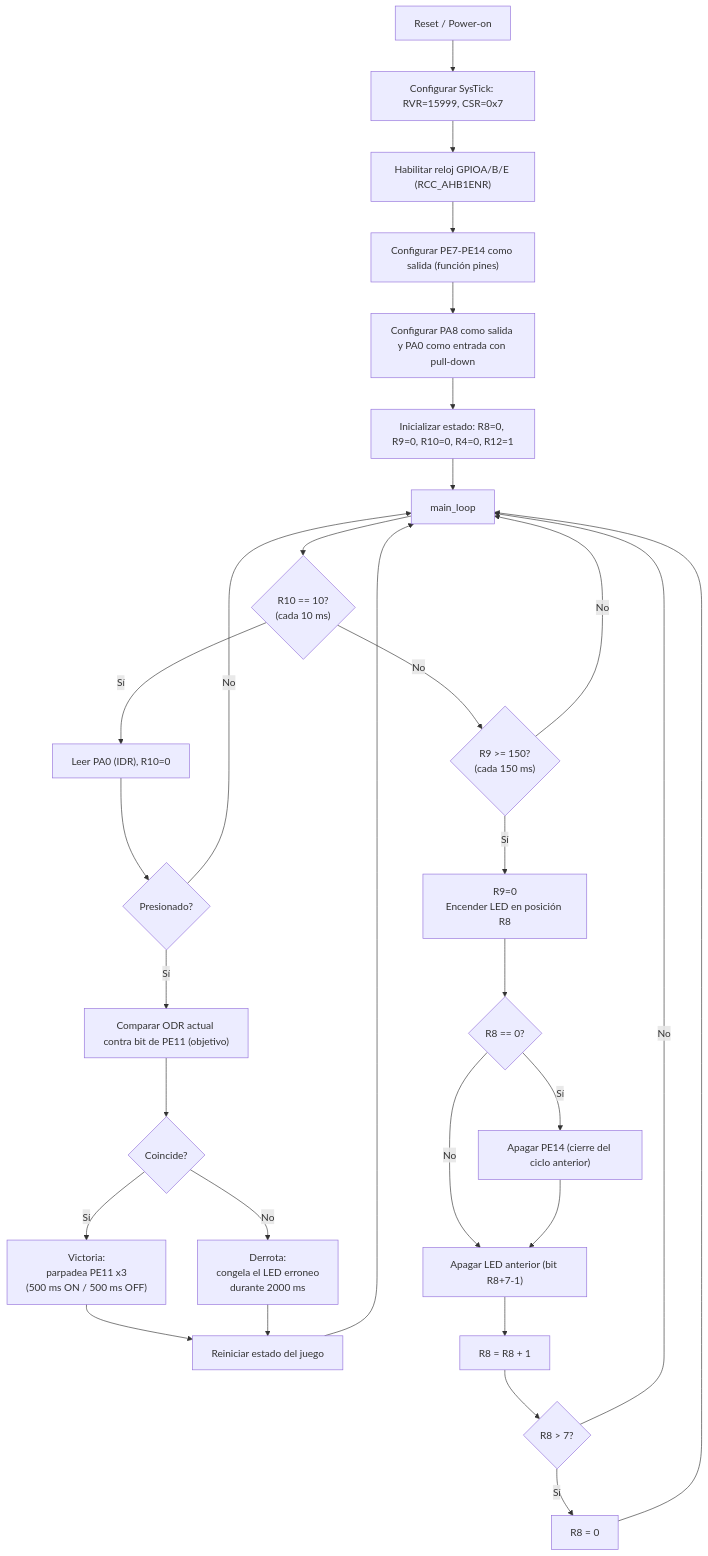
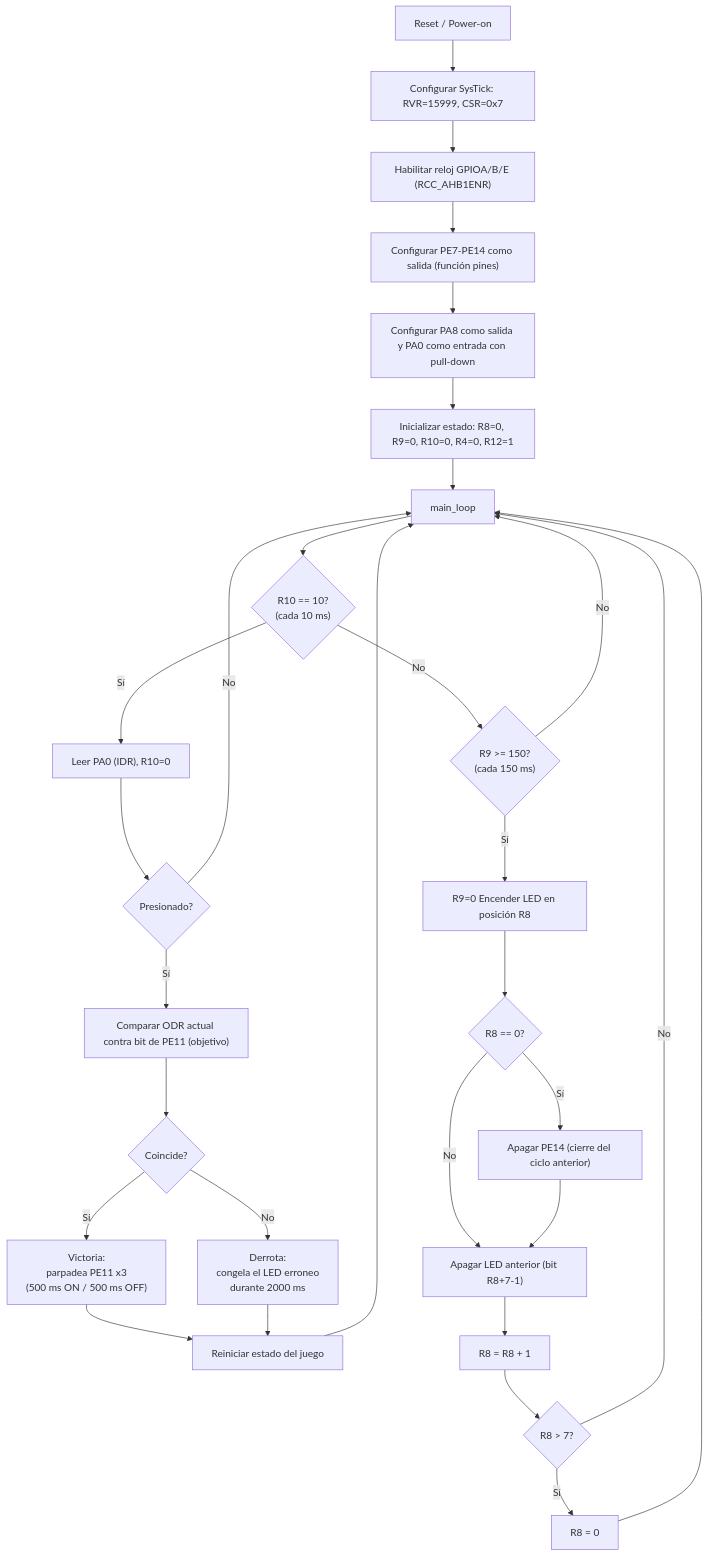
Before and after one commit to EstebanV0908/Tarea-1-micro-Probador-reflejos: the first of 2 diagrams in README.md, drawn with Mermaid.

````diff
--- a/README.md
+++ b/README.md
@@ -113,37 +113,37 @@
 ```mermaid
 flowchart TD
     A[Reset / Power-on] --> B[Configurar SysTick: RVR=15999, CSR=0x7]
     B --> C["Habilitar reloj GPIOA/B/E (RCC_AHB1ENR)"]
     C --> D["Configurar PE7-PE14 como salida (función pines)"]
     D --> E["Configurar PA8 como salida y PA0 como entrada con pull-down"]
     E --> F["Inicializar estado: R8=0, R9=0, R10=0, R4=0, R12=1"]
     F --> G[main_loop]
 
     G --> H{"R10 == 10?<br/>(cada 10 ms)"}
     H -- Sí --> I["Leer PA0 (IDR), R10=0"]
     H -- No --> J{"R9 >= 150?<br/>(cada 150 ms)"}
 
     I --> K{Presionado?}
     K -- No --> G
     K -- Sí --> L["Comparar ODR actual contra bit de PE11 (objetivo)"]
 
     L --> M{Coincide?}
     M -- Sí --> N["Victoria:<br/>parpadea PE11 x3<br/>(500 ms ON / 500 ms OFF)"]
     M -- No --> O["Derrota:<br/>congela el LED erroneo<br/>durante 2000 ms"]
 
     N --> P["Reiniciar estado del juego"]
     O --> P
     P --> G
 
     J -- No --> G
-    J -- Sí --> Q["R9=0<br/>Encender LED en posición R8"]
+    J -- Sí --> Q["R9=0 Encender LED en posición R8"]
     Q --> R{"R8 == 0?"}
     R -- Sí --> S["Apagar PE14 (cierre del ciclo anterior)"]
     R -- No --> T["Apagar LED anterior (bit R8+7-1)"]
     S --> T
     T --> U["R8 = R8 + 1"]
     U --> V{"R8 > 7?"}
     V -- Sí --> W["R8 = 0"]
     V -- No --> G
     W --> G
 ```
````
